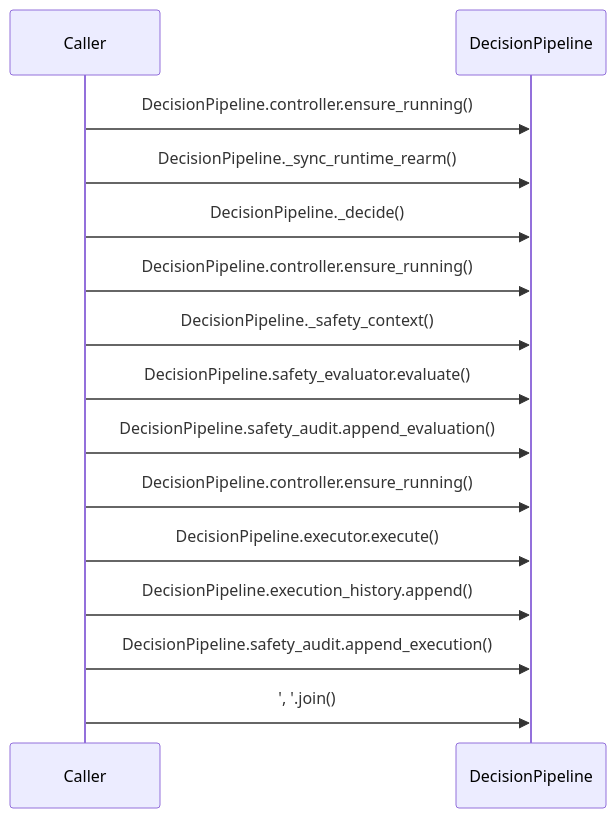
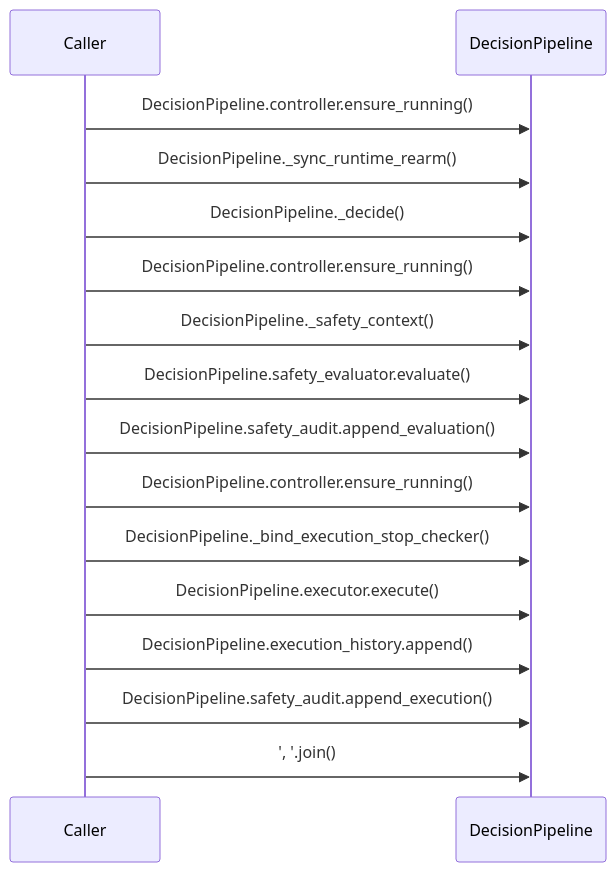
One commit to tomiya7688/AI_game_player changed the diagram in doc/sequence_diagram.mmd. Above: the diagram before and after it, drawn with Mermaid. The commit also changed 7 other files, not shown here.

```diff
--- a/doc/sequence_diagram.mmd
+++ b/doc/sequence_diagram.mmd
@@ -1,15 +1,16 @@
 sequenceDiagram
     participant caller as Caller
     participant target as DecisionPipeline
     caller->>target: DecisionPipeline.controller.ensure_running()
     caller->>target: DecisionPipeline._sync_runtime_rearm()
     caller->>target: DecisionPipeline._decide()
     caller->>target: DecisionPipeline.controller.ensure_running()
     caller->>target: DecisionPipeline._safety_context()
     caller->>target: DecisionPipeline.safety_evaluator.evaluate()
     caller->>target: DecisionPipeline.safety_audit.append_evaluation()
     caller->>target: DecisionPipeline.controller.ensure_running()
+    caller->>target: DecisionPipeline._bind_execution_stop_checker()
     caller->>target: DecisionPipeline.executor.execute()
     caller->>target: DecisionPipeline.execution_history.append()
     caller->>target: DecisionPipeline.safety_audit.append_execution()
     caller->>target: ', '.join()
```
